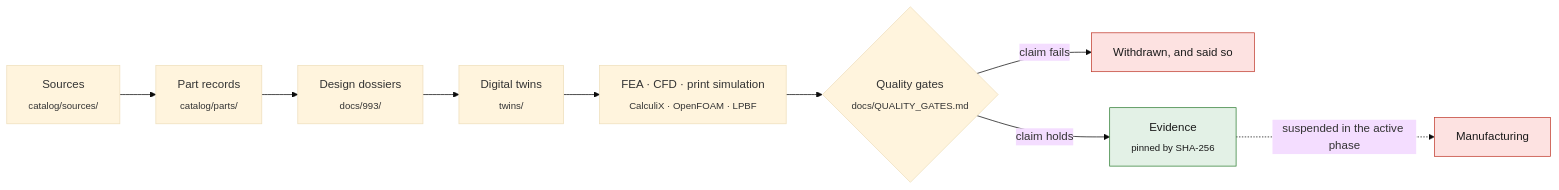
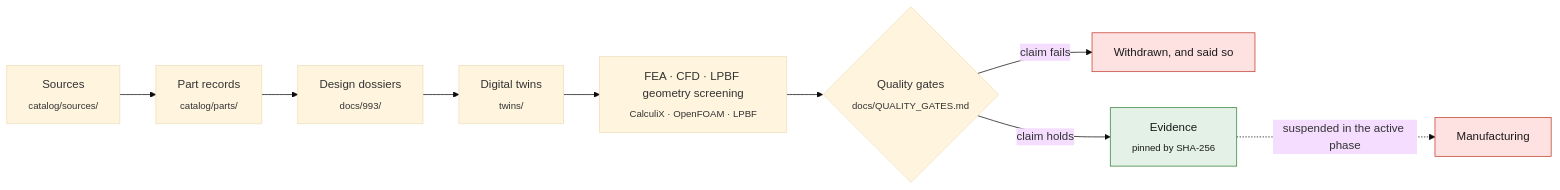
One commit to cluster2600/porscheparts changed the first of 4 diagrams in README.md. Above: the diagram before and after it, drawn with Mermaid (base theme). The commit also changed other lines of this file and 39 other files, not shown here.

Commit message:
Clarify LPBF geometry previews and hypothetical supports

````diff
--- a/README.md
+++ b/README.md
@@ -91,15 +91,15 @@
 ```mermaid
 flowchart LR
     S["Sources<br/><sub>catalog/sources/</sub>"] --> R["Part records<br/><sub>catalog/parts/</sub>"]
     R --> D["Design dossiers<br/><sub>docs/993/</sub>"]
     D --> T["Digital twins<br/><sub>twins/</sub>"]
-    T --> C["FEA · CFD · print simulation<br/><sub>CalculiX · OpenFOAM · LPBF</sub>"]
+    T --> C["FEA · CFD · LPBF geometry screening<br/><sub>CalculiX · OpenFOAM · LPBF</sub>"]
     C --> G{"Quality gates<br/><sub>docs/QUALITY_GATES.md</sub>"}
     G -- "claim fails" --> W["Withdrawn, and said so"]
     G -- "claim holds" --> E["Evidence<br/><sub>pinned by SHA-256</sub>"]
     E -. "suspended in the active phase" .-> M["Manufacturing"]
     classDef stop fill:#fde2e1,stroke:#c0392b,color:#1a1a1a;
     classDef ok fill:#e3f1e6,stroke:#2e7d32,color:#1a1a1a;
     class M,W stop
     class E ok
 ```
````
